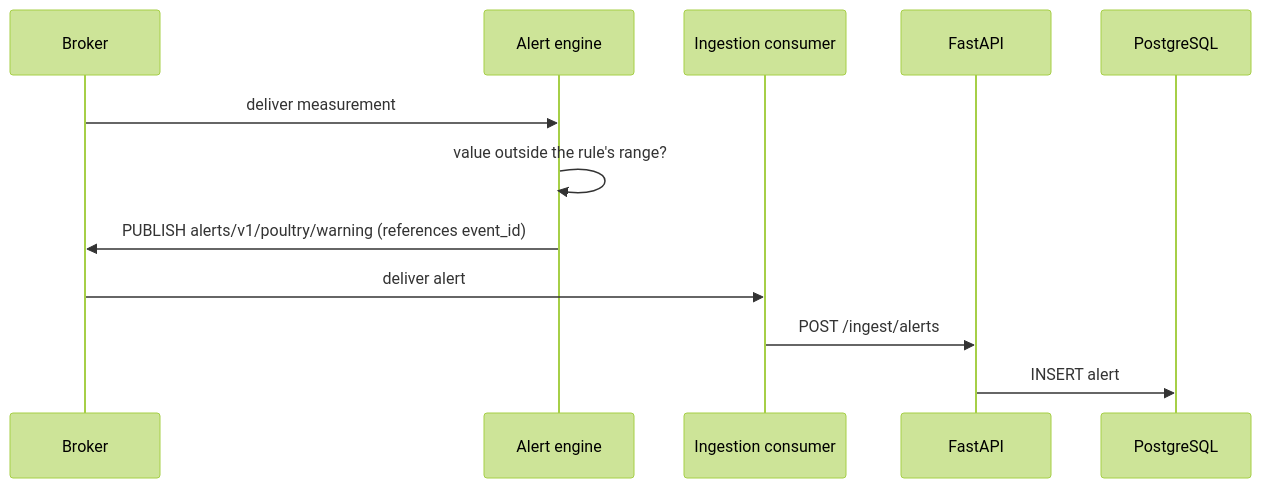
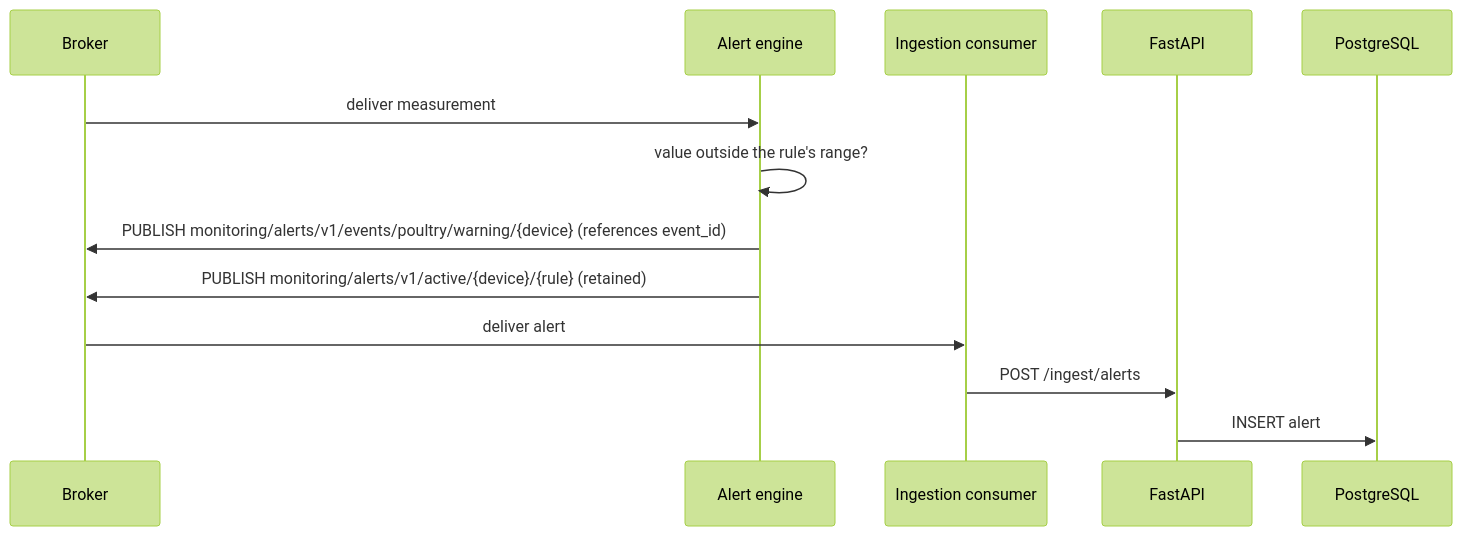
One commit to Mariojamjam/monitoring-mqtt changed the fourth of 5 diagrams in docs/design.md. Above: the diagram before and after it, drawn with Mermaid (forest theme). The commit also changed other lines of this file and 10 other files, not shown here.

````diff
--- a/docs/design.md
+++ b/docs/design.md
@@ -220,14 +221,15 @@
 ```mermaid
 sequenceDiagram
   participant B as Broker
   participant AL as Alert engine
   participant I as Ingestion consumer
   participant A as FastAPI
   participant DB as PostgreSQL
   B->>AL: deliver measurement
   AL->>AL: value outside the rule's range?
-  AL->>B: PUBLISH alerts/v1/poultry/warning (references event_id)
+  AL->>B: PUBLISH monitoring/alerts/v1/events/poultry/warning/{device} (references event_id)
+  AL->>B: PUBLISH monitoring/alerts/v1/active/{device}/{rule} (retained)
   B->>I: deliver alert
   I->>A: POST /ingest/alerts
   A->>DB: INSERT alert
 ```
````
